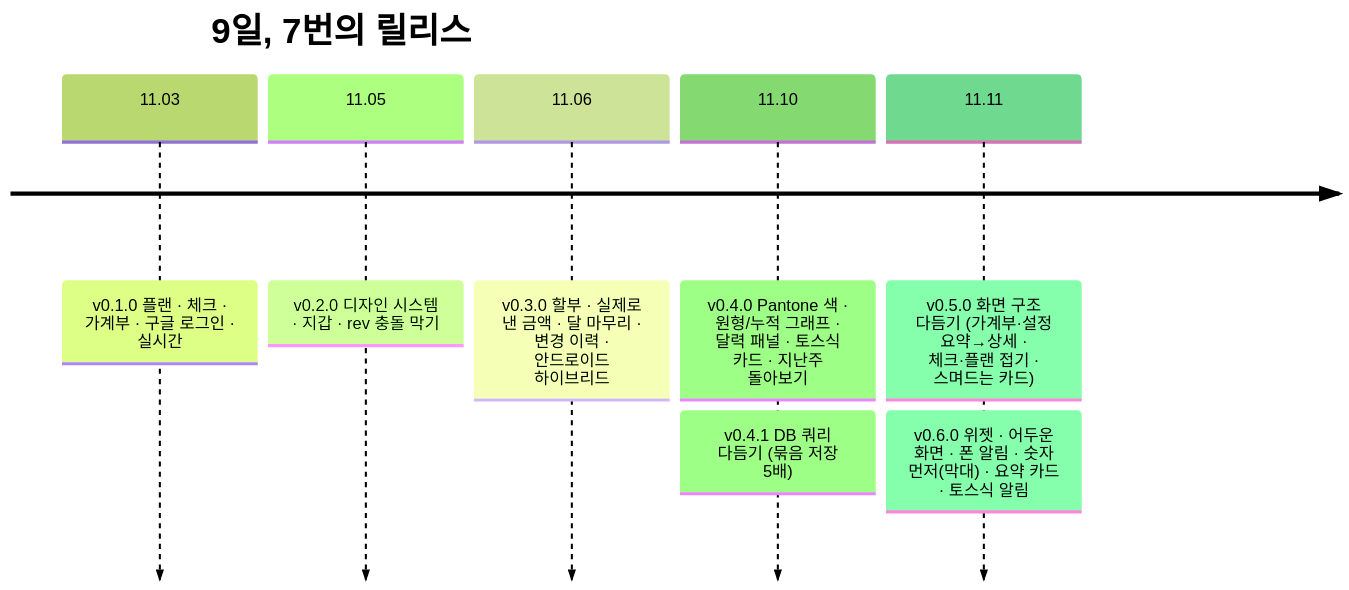
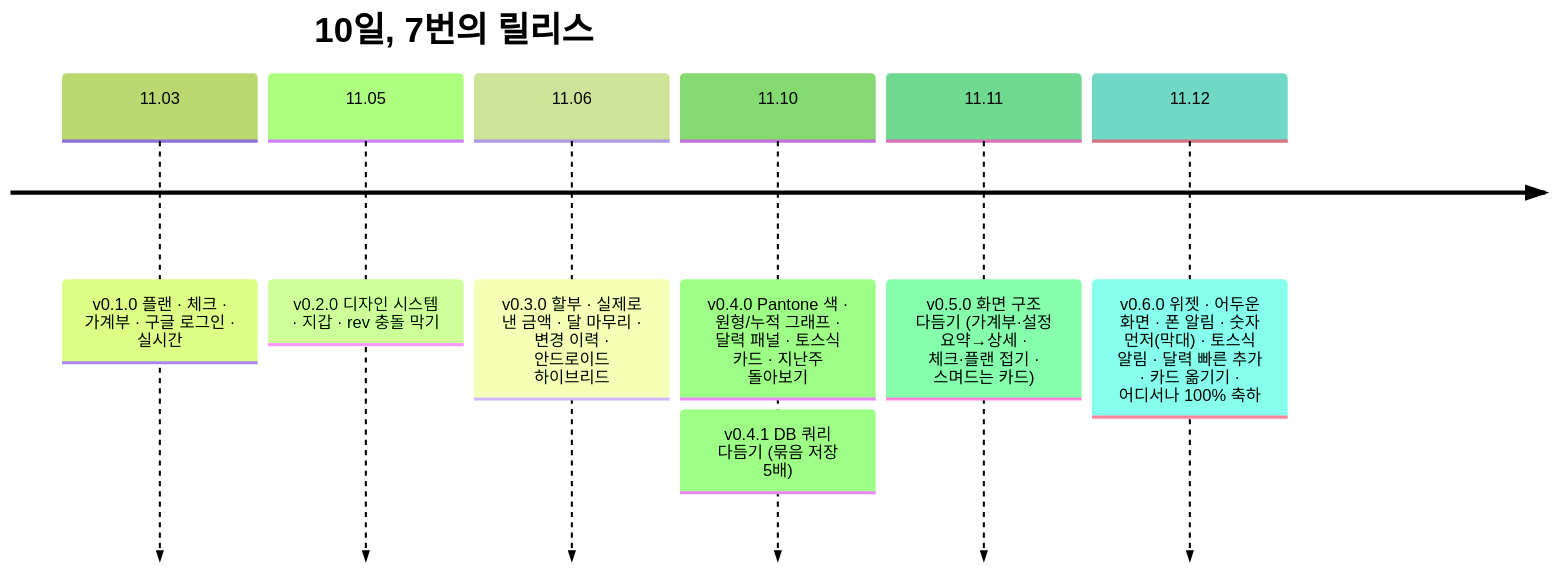
One commit to jojaden/our-money changed the fifth of 5 diagrams in README.md. Above: the diagram before and after it, drawn with Mermaid (forest theme). The commit also changed other lines of this file and 4 other files, not shown here.

````diff
--- a/README.md
+++ b/README.md
@@ -146,11 +151,11 @@
 ```mermaid
 timeline
-  title 9일, 7번의 릴리스
+  title 10일, 7번의 릴리스
   11.03 : v0.1.0 플랜 · 체크 · 가계부 · 구글 로그인 · 실시간
   11.05 : v0.2.0 디자인 시스템 · 지갑 · rev 충돌 막기
   11.06 : v0.3.0 할부 · 실제로 낸 금액 · 달 마무리 · 변경 이력 · 안드로이드 하이브리드
   11.10 : v0.4.0 Pantone 색 · 원형/누적 그래프 · 달력 패널 · 토스식 카드 · 지난주 돌아보기
         : v0.4.1 DB 쿼리 다듬기 (묶음 저장 5배)
   11.11 : v0.5.0 화면 구조 다듬기 (가계부·설정 요약→상세 · 체크·플랜 접기 · 스며드는 카드)
-        : v0.6.0 위젯 · 어두운 화면 · 폰 알림 · 숫자 먼저(막대) · 요약 카드 · 토스식 알림
+  11.12 : v0.6.0 위젯 · 어두운 화면 · 폰 알림 · 숫자 먼저(막대) · 토스식 알림 · 달력 빠른 추가 · 카드 옮기기 · 어디서나 100% 축하
 ```
````
